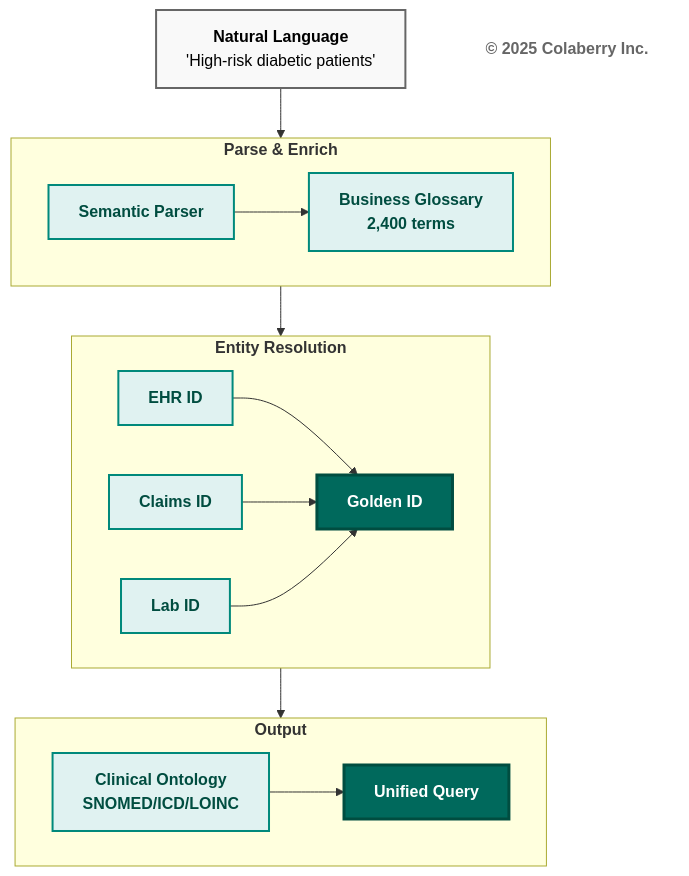
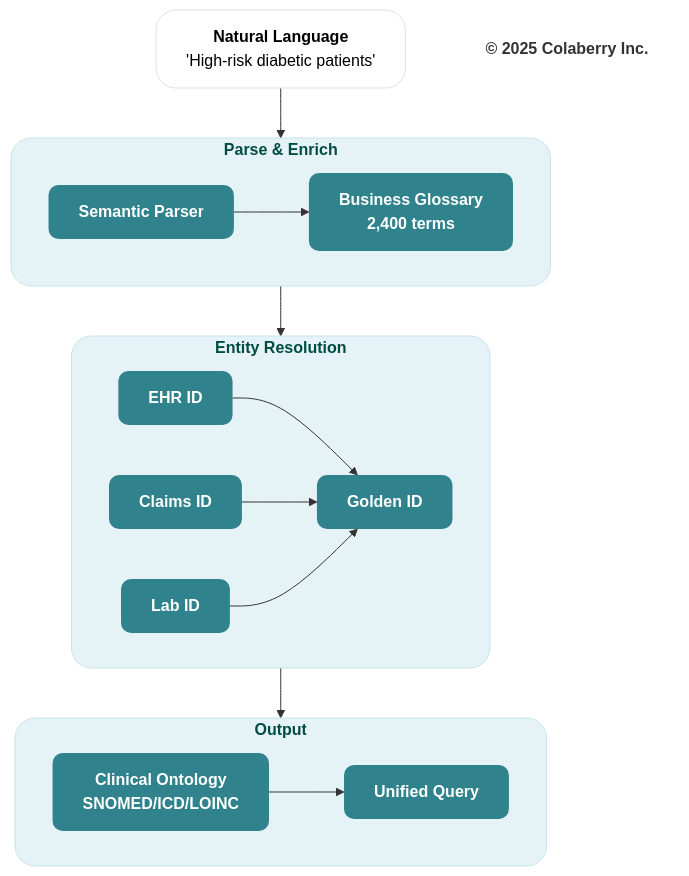
Before and after one commit to saitejesh-cyber/trust-before-intelligence-book: the fifth of 13 diagrams in manuscript/06_chapter_5_intelligence_layers.md, drawn with Mermaid. The commit also changed other lines of this file and 7 other files, not shown here.

Commit message:
Chapter 6to13: Updated mermaid diagrams based on new colaberry color code

````diff
--- a/manuscript/06_chapter_5_intelligence_layers.md
+++ b/manuscript/06_chapter_5_intelligence_layers.md
@@ -322,38 +324,41 @@
 ```mermaid
 flowchart TB
     NL["<b>Natural Language</b><br/>'High-risk diabetic patients'"]
     
     subgraph PARSE_ROW["<b>Parse & Enrich</b>"]
         direction LR
         PARSE["<b>Semantic Parser</b>"] --> GLOSS["<b>Business Glossary</b><br/><b>2,400 terms</b>"]
     end
     
     subgraph RESOLVE_ROW["<b>Entity Resolution</b>"]
         direction LR
         E1["<b>EHR ID</b>"] --> GOLD["<b>Golden ID</b>"]
         E2["<b>Claims ID</b>"] --> GOLD
         E3["<b>Lab ID</b>"] --> GOLD
     end
     
     subgraph OUTPUT_ROW["<b>Output</b>"]
         direction LR
         ONTO["<b>Clinical Ontology</b><br/><b>SNOMED/ICD/LOINC</b>"] --> RESULT["<b>Unified Query</b>"]
     end
     
     NL --> PARSE_ROW
     PARSE_ROW --> RESOLVE_ROW
     RESOLVE_ROW --> OUTPUT_ROW
     
     Copyright["<b>© 2025 Colaberry Inc.</b>"]
     
-    style NL fill:#f9f9f9,stroke:#666666,stroke-width:2px,color:#000000
-    style PARSE fill:#e0f2f1,stroke:#00897b,stroke-width:2px,color:#004d40
-    style GLOSS fill:#e0f2f1,stroke:#00897b,stroke-width:2px,color:#004d40
-    style E1 fill:#e0f2f1,stroke:#00897b,stroke-width:2px,color:#004d40
-    style E2 fill:#e0f2f1,stroke:#00897b,stroke-width:2px,color:#004d40
-    style E3 fill:#e0f2f1,stroke:#00897b,stroke-width:2px,color:#004d40
-    style GOLD fill:#00695c,color:#ffffff,stroke:#004d40,stroke-width:3px
-    style ONTO fill:#e0f2f1,stroke:#00897b,stroke-width:2px,color:#004d40
-    style RESULT fill:#00695c,color:#ffffff,stroke:#004d40,stroke-width:3px
-    style Copyright fill:#ffffff,stroke:none,color:#666666
+    style NL fill:#ffffff,stroke:#e0e0e0,stroke-width:1px,color:#000000,rx:20,ry:20
+    style PARSE fill:#30838C,stroke:none,color:#ffffff,rx:10,ry:10
+    style GLOSS fill:#30838C,stroke:none,color:#ffffff,rx:10,ry:10
+    style E1 fill:#30838C,stroke:none,color:#ffffff,rx:10,ry:10
+    style E2 fill:#30838C,stroke:none,color:#ffffff,rx:10,ry:10
+    style E3 fill:#30838C,stroke:none,color:#ffffff,rx:10,ry:10
+    style GOLD fill:#30838C,stroke:none,color:#ffffff,rx:10,ry:10
+    style ONTO fill:#30838C,stroke:none,color:#ffffff,rx:10,ry:10
+    style RESULT fill:#30838C,stroke:none,color:#ffffff,rx:10,ry:10
+    style Copyright fill:none,stroke:none,color:#333333
+    style OUTPUT_ROW fill:#e6f3f6,stroke:#c7e3ea,stroke-width:1px,color:#004d40,rx:20,ry:20
+    style PARSE_ROW fill:#e6f3f6,stroke:#c7e3ea,stroke-width:1px,color:#004d40,rx:20,ry:20
+    style RESOLVE_ROW fill:#e6f3f6,stroke:#c7e3ea,stroke-width:1px,color:#004d40,rx:20,ry:20
 ```
````
